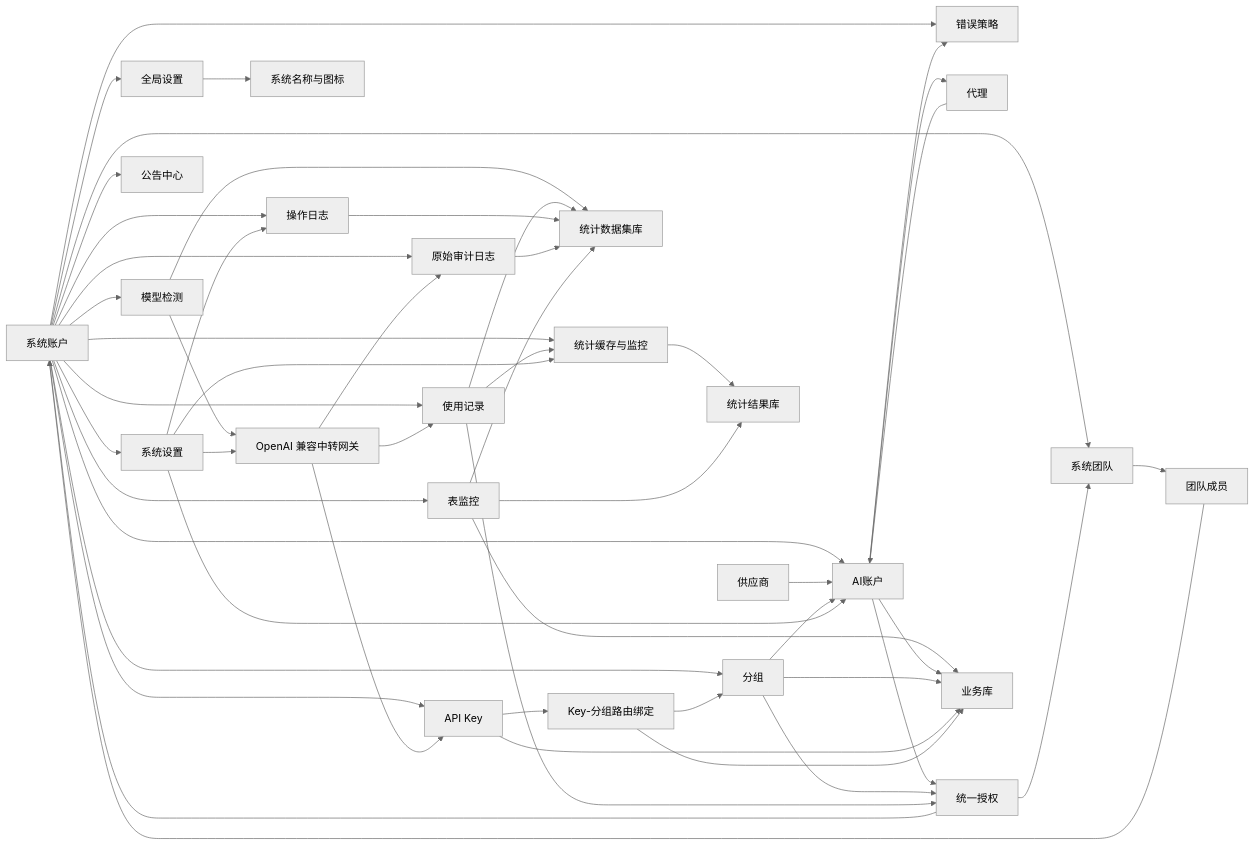
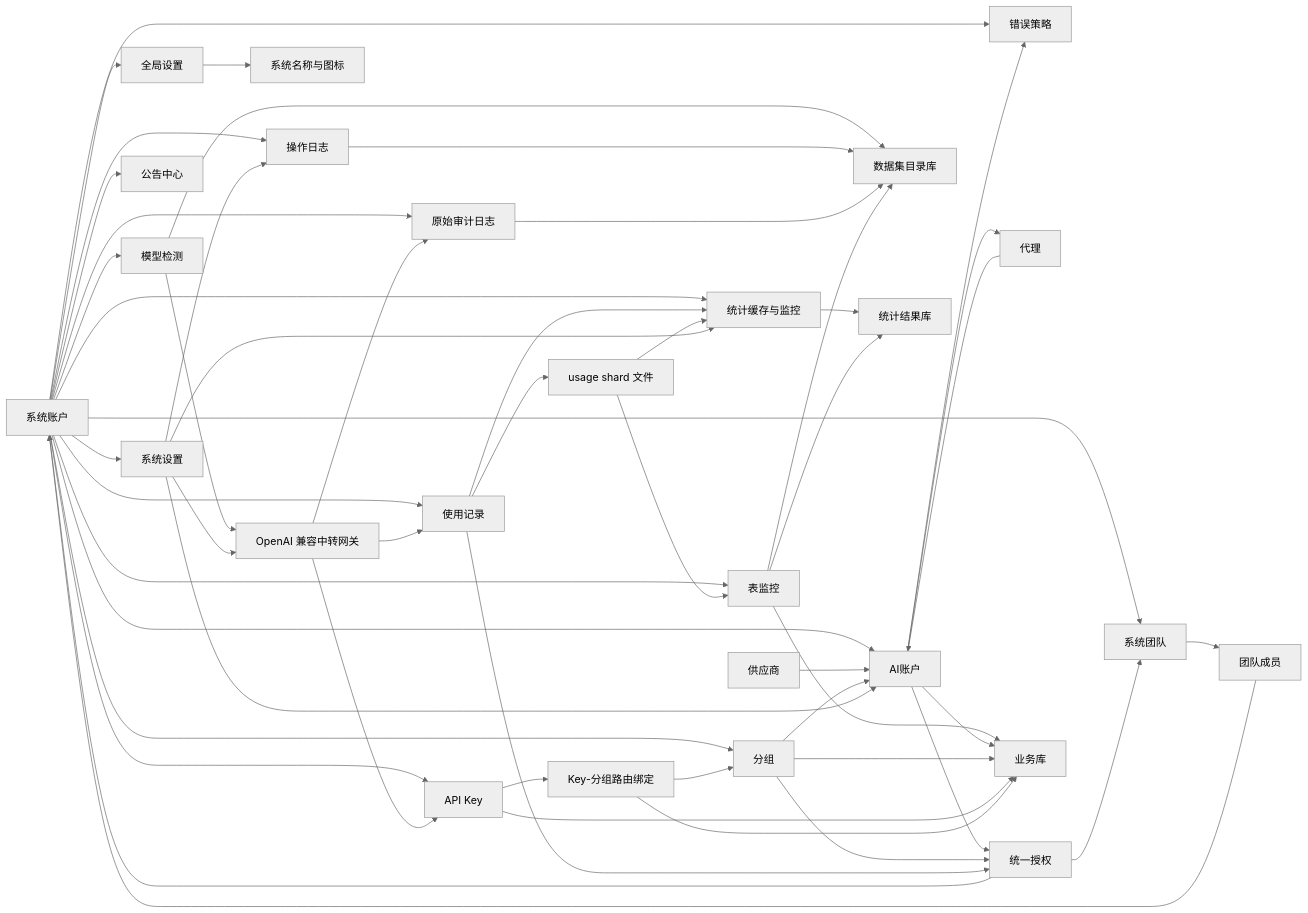
Before and after one commit to huanmin123/juhe-ai: the diagram in docs/architecture/架构总览.md, drawn with Mermaid (neutral theme). The commit also changed other lines of this file and 363 other files, not shown here.

````diff
--- a/docs/architecture/架构总览.md
+++ b/docs/architecture/架构总览.md
@@ -67,53 +67,56 @@
 ```mermaid
 flowchart LR
   SystemAccount["系统账户"] --> GlobalSettings["全局设置"]
   SystemAccount --> SystemSettings["系统设置"]
   SystemAccount --> SystemTeam["系统团队"]
   SystemTeam --> TeamMember["团队成员"]
   TeamMember --> SystemAccount
   SystemAccount --> AIAccount["AI账户"]
   SystemAccount --> Group["分组"]
   SystemAccount --> APIKey["API Key"]
   SystemAccount --> ModelCheck["模型检测"]
   SystemAccount --> Usage["使用记录"]
   SystemAccount --> OperationLog["操作日志"]
   SystemAccount --> AuditLog["原始审计日志"]
   SystemAccount --> Stats["统计缓存与监控"]
   SystemAccount --> TableMonitor["表监控"]
   SystemAccount --> ErrorPolicy["错误策略"]
   SystemAccount --> Announcement["公告中心"]
   GlobalSettings --> AppBrand["系统名称与图标"]
   Provider["供应商"] --> AIAccount
   Proxy["代理"] --> AIAccount
   AIAccount --> Proxy
   AIAccount --> ErrorPolicy
   AIAccount --> ResourceAuthorization["统一授权"]
   Group --> ResourceAuthorization
   ResourceAuthorization --> SystemAccount
   ResourceAuthorization --> SystemTeam
   Group --> AIAccount
   APIKey --> APIKeyGroupBinding["Key-分组路由绑定"]
   APIKeyGroupBinding --> Group
   ModelCheck --> Gateway
   ModelCheck --> DatasetStore
   Gateway["OpenAI 兼容中转网关"] --> APIKey
   Gateway --> Usage["使用记录"]
   Gateway --> AuditLog
   Usage --> ResourceAuthorization
   Usage --> Stats["统计缓存与监控"]
-  Usage --> DatasetStore["统计数据集库"]
+  Usage --> UsageShard["usage shard 文件"]
+  UsageShard --> Stats
+  UsageShard --> TableMonitor
+  DatasetStore["数据集目录库"]
   OperationLog --> DatasetStore
   AuditLog --> DatasetStore
   Stats --> StatsStore["统计结果库"]
   TableMonitor --> StatsStore
   TableMonitor --> BusinessStore
   TableMonitor --> DatasetStore
   AIAccount --> BusinessStore["业务库"]
   Group --> BusinessStore
   APIKey --> BusinessStore
   APIKeyGroupBinding --> BusinessStore
   SystemSettings --> Gateway
   SystemSettings --> OperationLog
   SystemSettings --> AIAccount
   SystemSettings --> Stats
 ```
````
